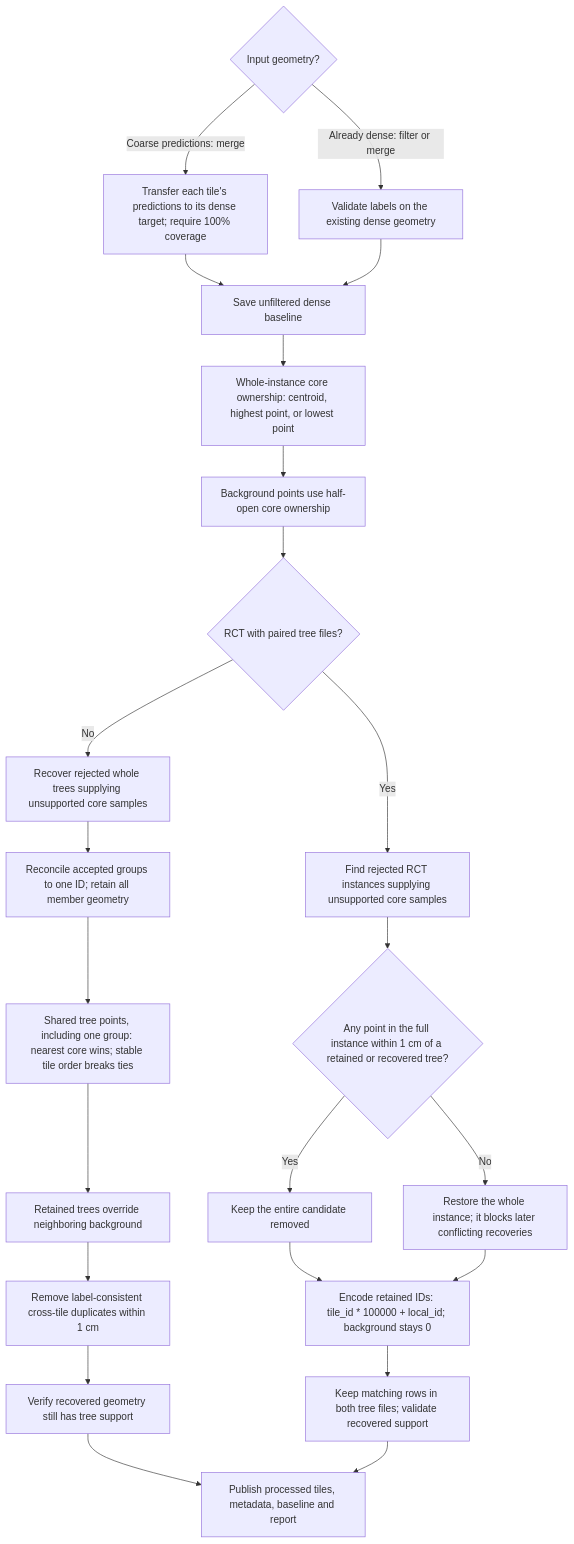
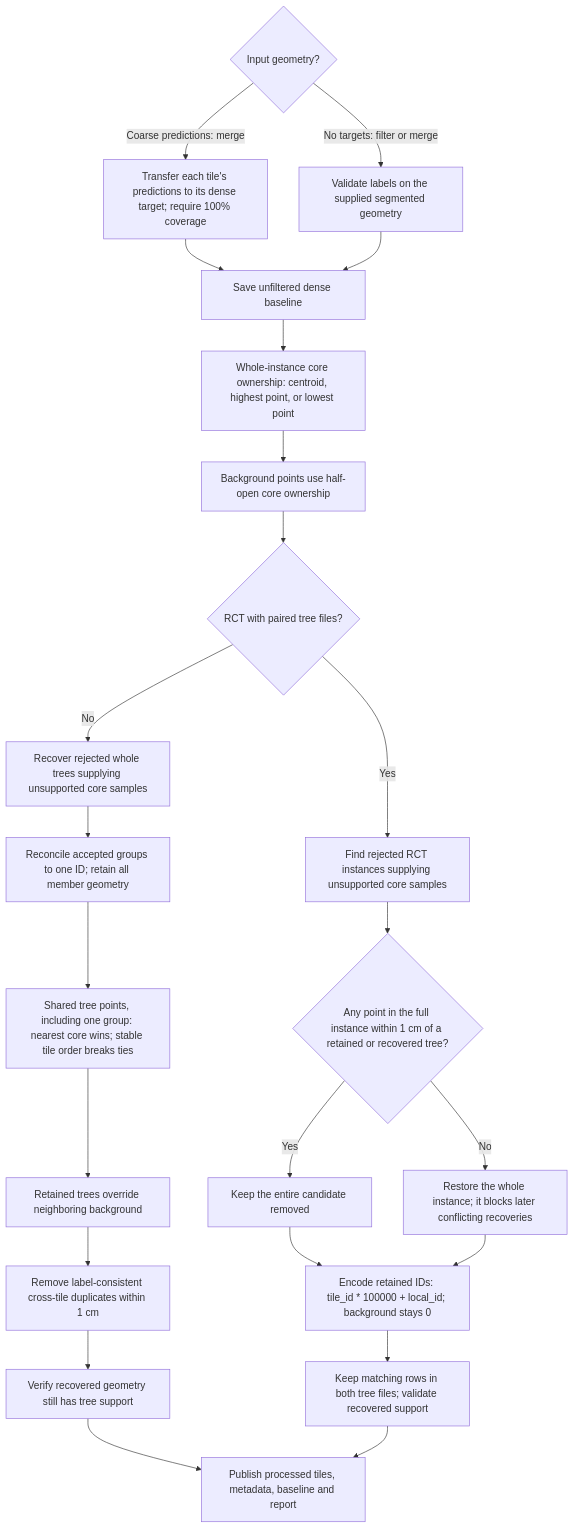
One commit to 3dTrees-earth/3dtrees_Smart_Tile changed the second of 2 diagrams in docs/task-workflow.md. Above: the diagram before and after it, drawn with Mermaid. The commit also changed other lines of this file and 36 other files, not shown here.

````diff
--- a/docs/task-workflow.md
+++ b/docs/task-workflow.md
@@ -53,26 +62,26 @@
 ```mermaid
 flowchart TD
     ENTRY{"Input geometry?"}
     ENTRY -->|"Coarse predictions: merge"| TRANSFER["Transfer each tile's predictions to its dense target; require 100% coverage"]
-    ENTRY -->|"Already dense: filter or merge"| VALIDATE["Validate labels on the existing dense geometry"]
+    ENTRY -->|"No targets: filter or merge"| VALIDATE["Validate labels on the supplied segmented geometry"]
     TRANSFER --> BASE["Save unfiltered dense baseline"]
     VALIDATE --> BASE
     BASE --> OWN["Whole-instance core ownership: centroid, highest point, or lowest point"]
     OWN --> BG["Background points use half-open core ownership"]
     BG --> MODEL{"RCT with paired tree files?"}
     MODEL -->|"No"| RECOVER["Recover rejected whole trees supplying unsupported core samples"]
     RECOVER --> MATCH["Reconcile accepted groups to one ID; retain all member geometry"]
     MATCH --> CLAIMS["Shared tree points, including one group: nearest core wins; stable tile order breaks ties"]
     CLAIMS --> TREEBG["Retained trees override neighboring background"]
     TREEBG --> DEDUP["Remove label-consistent cross-tile duplicates within 1 cm"]
     DEDUP --> CHECK["Verify recovered geometry still has tree support"]
     MODEL -->|"Yes"| CANDIDATE["Find rejected RCT instances supplying unsupported core samples"]
     CANDIDATE --> CONFLICT{"Any point in the full instance within 1 cm of a retained or recovered tree?"}
     CONFLICT -->|"Yes"| REJECT["Keep the entire candidate removed"]
     CONFLICT -->|"No"| RESTORE["Restore the whole instance; it blocks later conflicting recoveries"]
     REJECT --> IDS["Encode retained IDs: tile_id * 100000 + local_id; background stays 0"]
     RESTORE --> IDS
     IDS --> TABLES["Keep matching rows in both tree files; validate recovered support"]
     CHECK --> PUBLISH["Publish processed tiles, metadata, baseline and report"]
     TABLES --> PUBLISH
 ```
````
